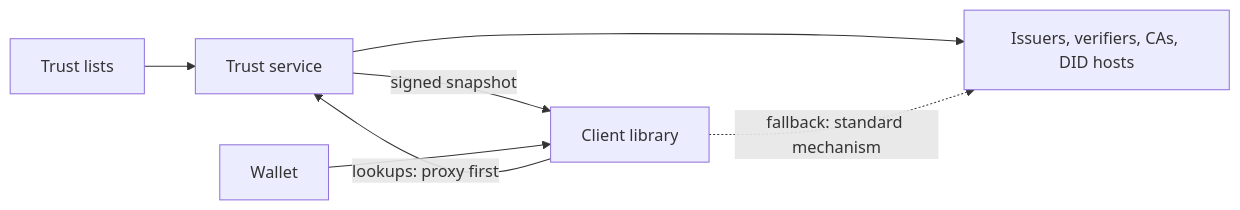
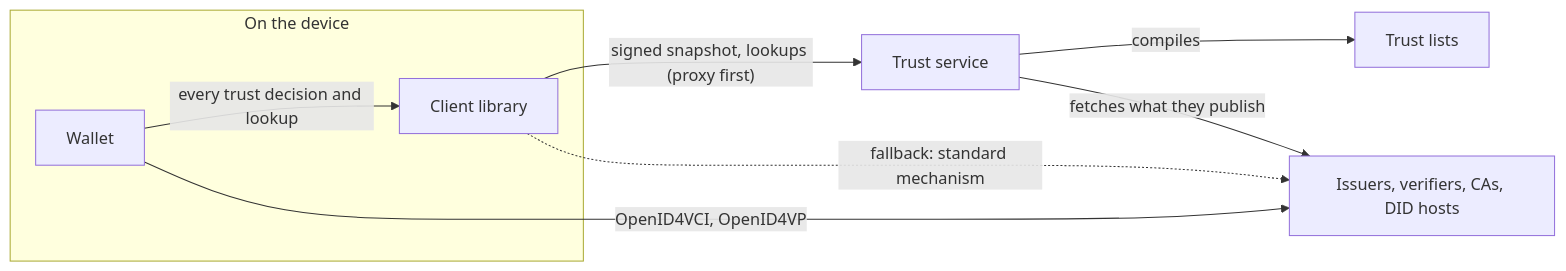
The diagram in README.md (jainhitesh9998/wallet-proxy), drawn with Mermaid before and after one commit. The commit also changed other lines of this file, not shown here.

First line of the commit message:
Say in the README who uses the library, and what goes through it

````diff
--- a/README.md
+++ b/README.md
@@ -21,9 +21,11 @@
 ```mermaid
 flowchart LR
-  Lists[Trust lists] --> Service[Trust service]
-  Service -- "signed snapshot" --> Lib[Client library]
-  Lib -- "lookups: proxy first" --> Service
-  Service --> Parties[Issuers, verifiers, CAs, DID hosts]
+  subgraph Device["On the device"]
+    Wallet[Wallet] -- "every trust decision and lookup" --> Lib[Client library]
+  end
+  Lib -- "signed snapshot, lookups (proxy first)" --> Service[Trust service]
+  Service -- "compiles" --> Lists[Trust lists]
+  Service -- "fetches what they publish" --> Parties[Issuers, verifiers, CAs, DID hosts]
   Lib -. "fallback: standard mechanism" .-> Parties
-  Wallet[Wallet] --> Lib
+  Wallet -- "OpenID4VCI, OpenID4VP" --> Parties
 ```
````
